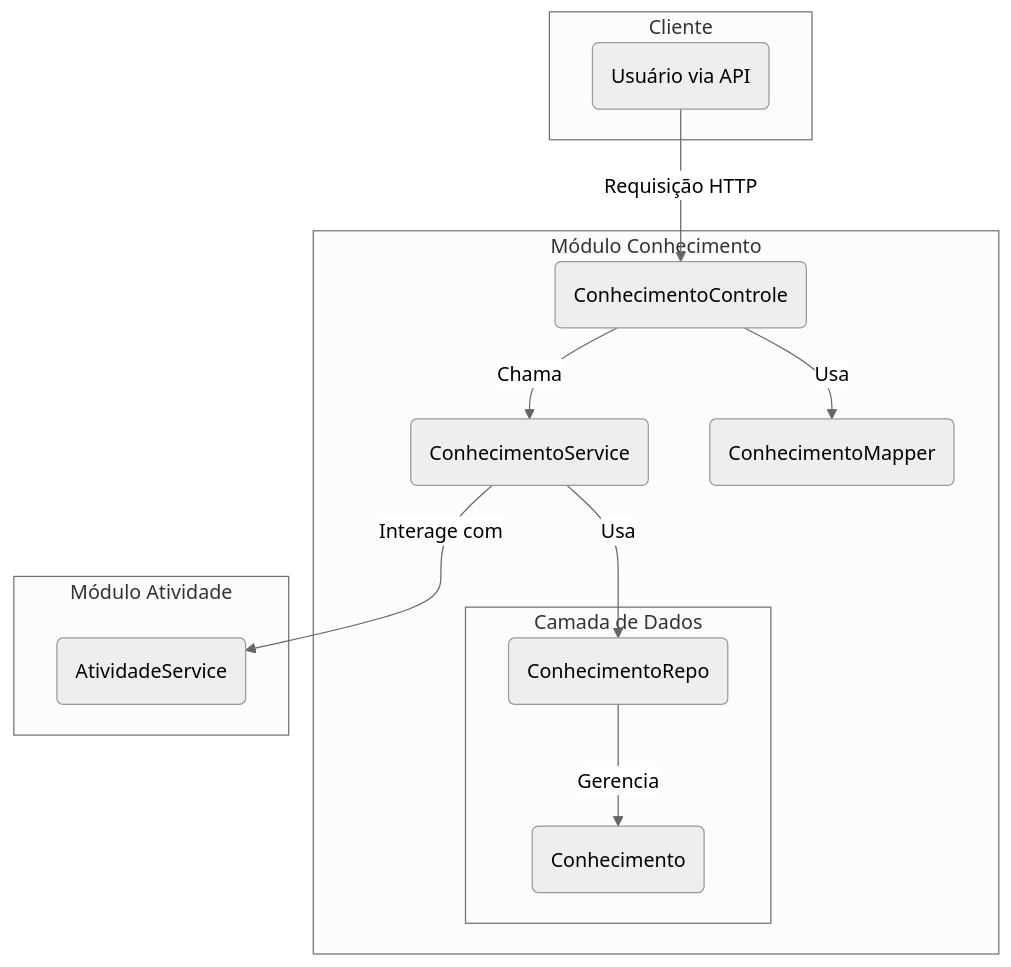
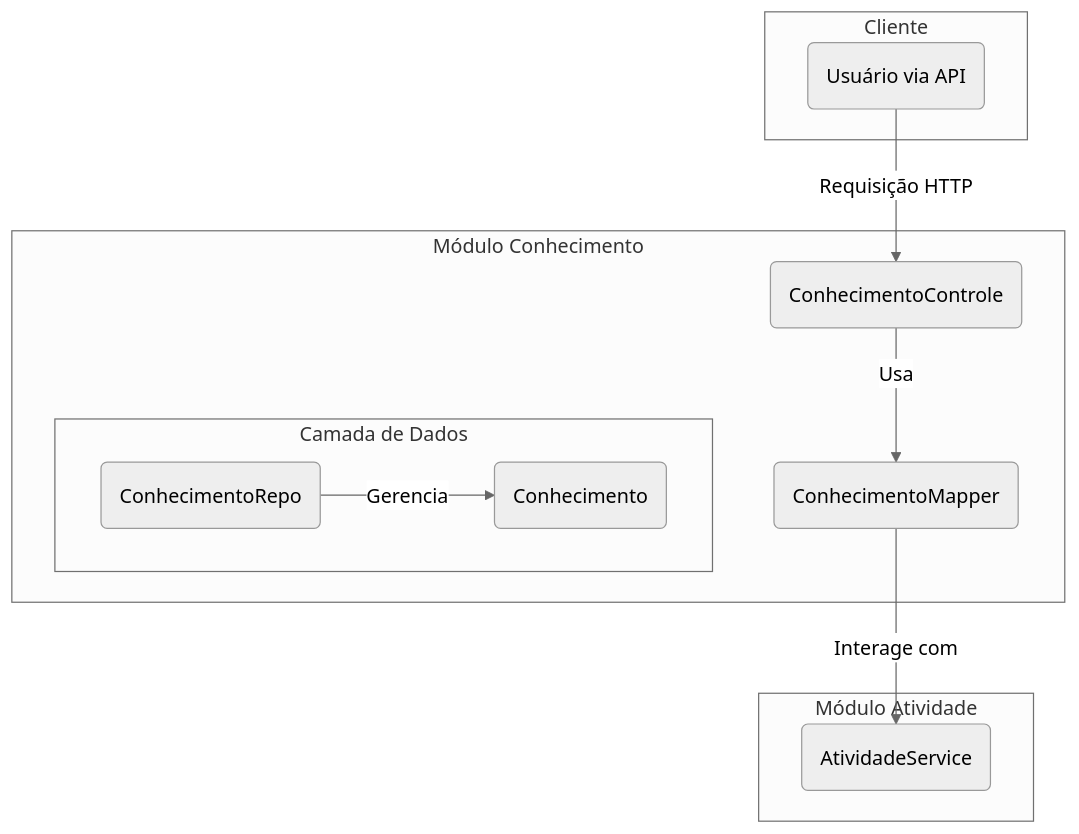
One commit to lgalvao/sgc changed the diagram in backend/src/main/java/sgc/conhecimento/README.md. Above: the diagram before and after it, drawn with Mermaid (neutral theme). The commit also changed other lines of this file and 15 other files, not shown here.

First line of the commit message:
docs: Update all backend READMEs and add Mermaid diagrams

````diff
--- a/backend/src/main/java/sgc/conhecimento/README.md
+++ b/backend/src/main/java/sgc/conhecimento/README.md
@@ -18,29 +17,25 @@
 ```mermaid
 graph TD
     subgraph "Cliente"
         UsuarioAPI(Usuário via API)
     end
 
     subgraph "Módulo Conhecimento"
         ConhecimentoControle(ConhecimentoControle)
-        ConhecimentoService(ConhecimentoService)
         ConhecimentoMapper(ConhecimentoMapper)
 
         subgraph "Camada de Dados"
             ConhecimentoRepo(ConhecimentoRepo)
             Conhecimento(Conhecimento)
         end
     end
 
     subgraph "Módulo Atividade"
         AtividadeService(AtividadeService)
     end
 
     UsuarioAPI -- Requisição HTTP --> ConhecimentoControle
-    ConhecimentoControle -- Chama --> ConhecimentoService
     ConhecimentoControle -- Usa --> ConhecimentoMapper
-
-    ConhecimentoService -- Usa --> ConhecimentoRepo
-    ConhecimentoService -- Interage com --> AtividadeService
+    ConhecimentoMapper -- Interage com --> AtividadeService
     ConhecimentoRepo -- Gerencia --> Conhecimento
 ```
````
